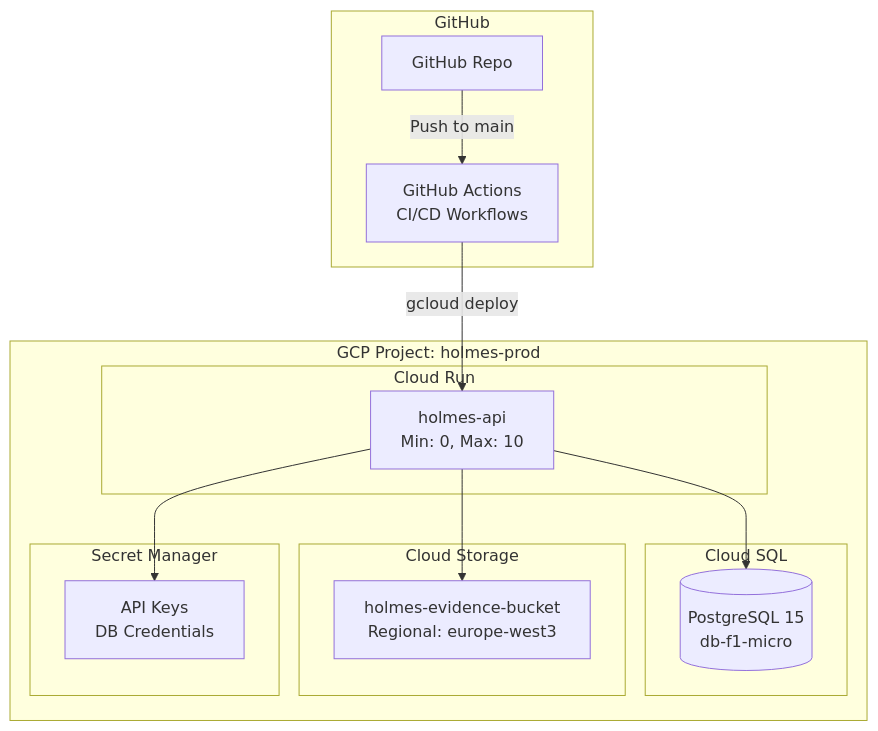
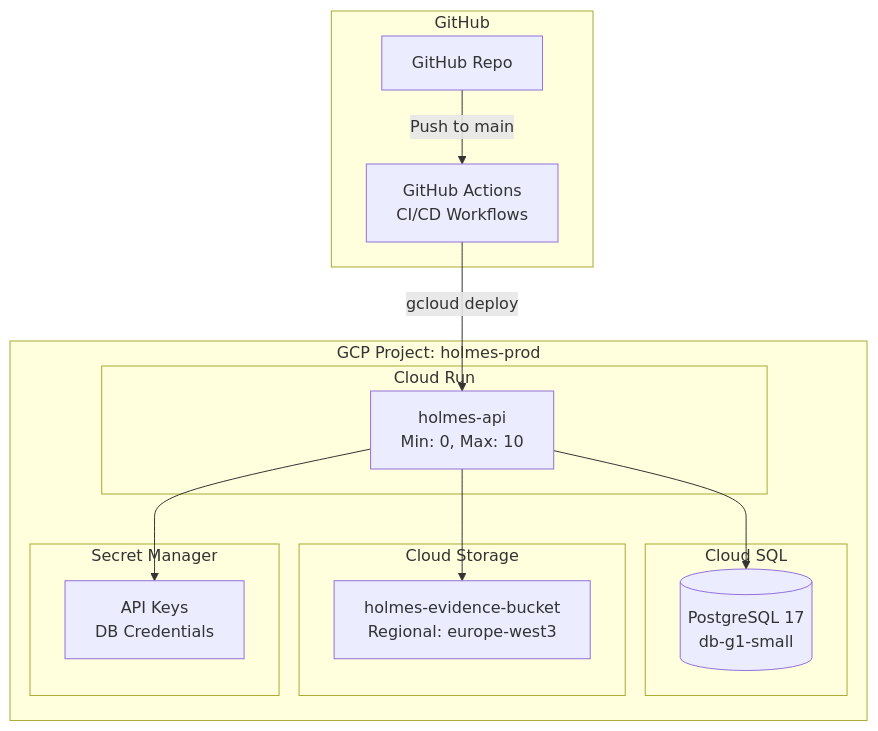
Diagram 12 of 13 in DOCS/ideation/PRD.md (Siddharth-Khattar/holmes), drawn with Mermaid before and after one commit. The commit also changed 7 other files, not shown here.

Commit message:
feat(terraform): switch Cloud SQL to db-g1-small (Enterprise edition) for cost-effective, stable hackathon setup

````diff
--- a/DOCS/ideation/PRD.md
+++ b/DOCS/ideation/PRD.md
@@ -1451,31 +1451,31 @@
 ```mermaid
 graph TB
     subgraph "GitHub"
         GH[GitHub Repo]
         GA[GitHub Actions<br/>CI/CD Workflows]
     end
 
     subgraph "GCP Project: holmes-prod"
         subgraph "Cloud Run"
             CR[holmes-api<br/>Min: 0, Max: 10]
         end
         
         subgraph "Cloud SQL"
-            PG[(PostgreSQL 15<br/>db-f1-micro)]
+            PG[(PostgreSQL 17<br/>db-g1-small)]
         end
         
         subgraph "Cloud Storage"
             GCS[holmes-evidence-bucket<br/>Regional: europe-west3]
         end
         
         subgraph "Secret Manager"
             SEC[API Keys<br/>DB Credentials]
         end
     end
     
     GH -->|Push to main| GA
     GA -->|gcloud deploy| CR
     CR --> PG
     CR --> GCS
     CR --> SEC
 ```
````
